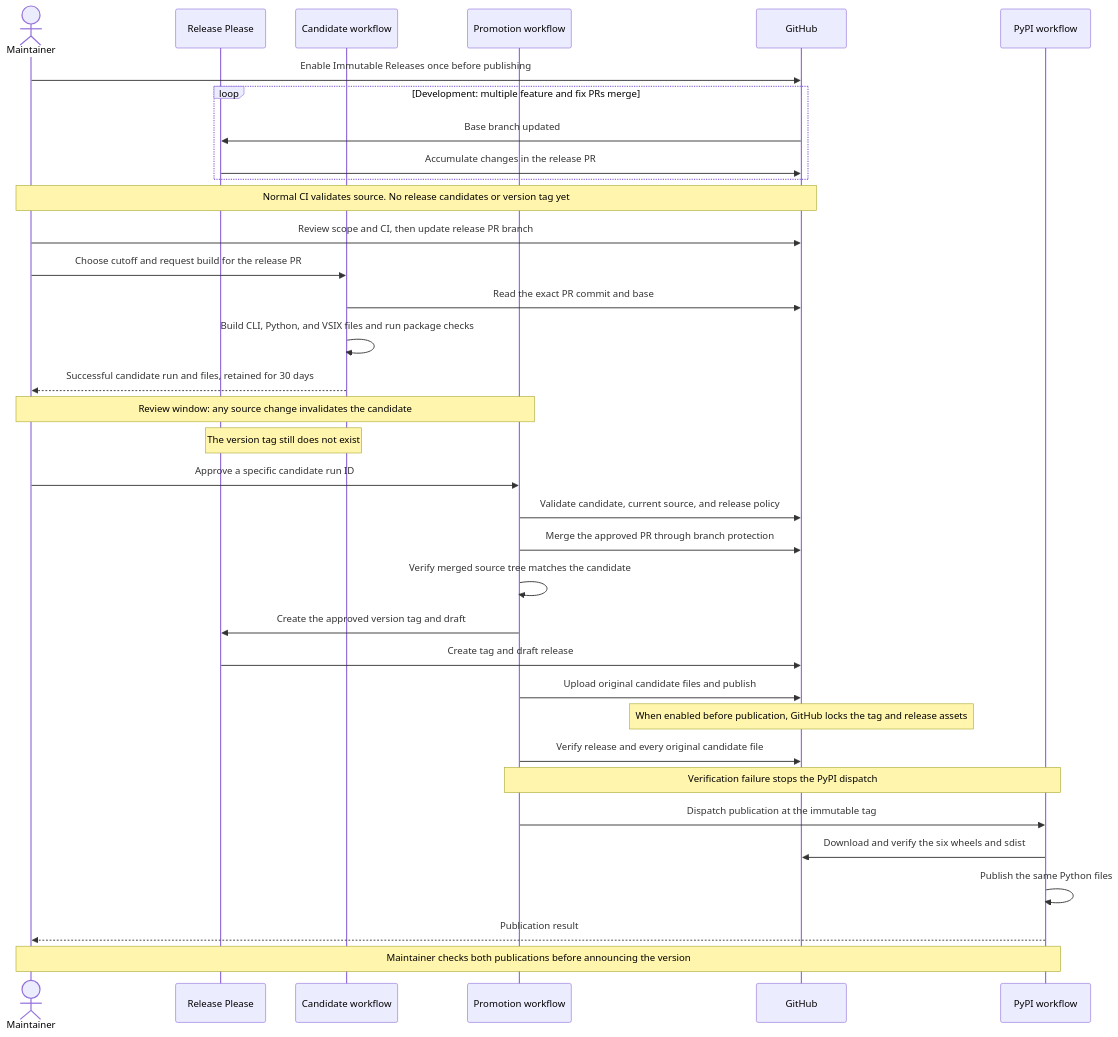
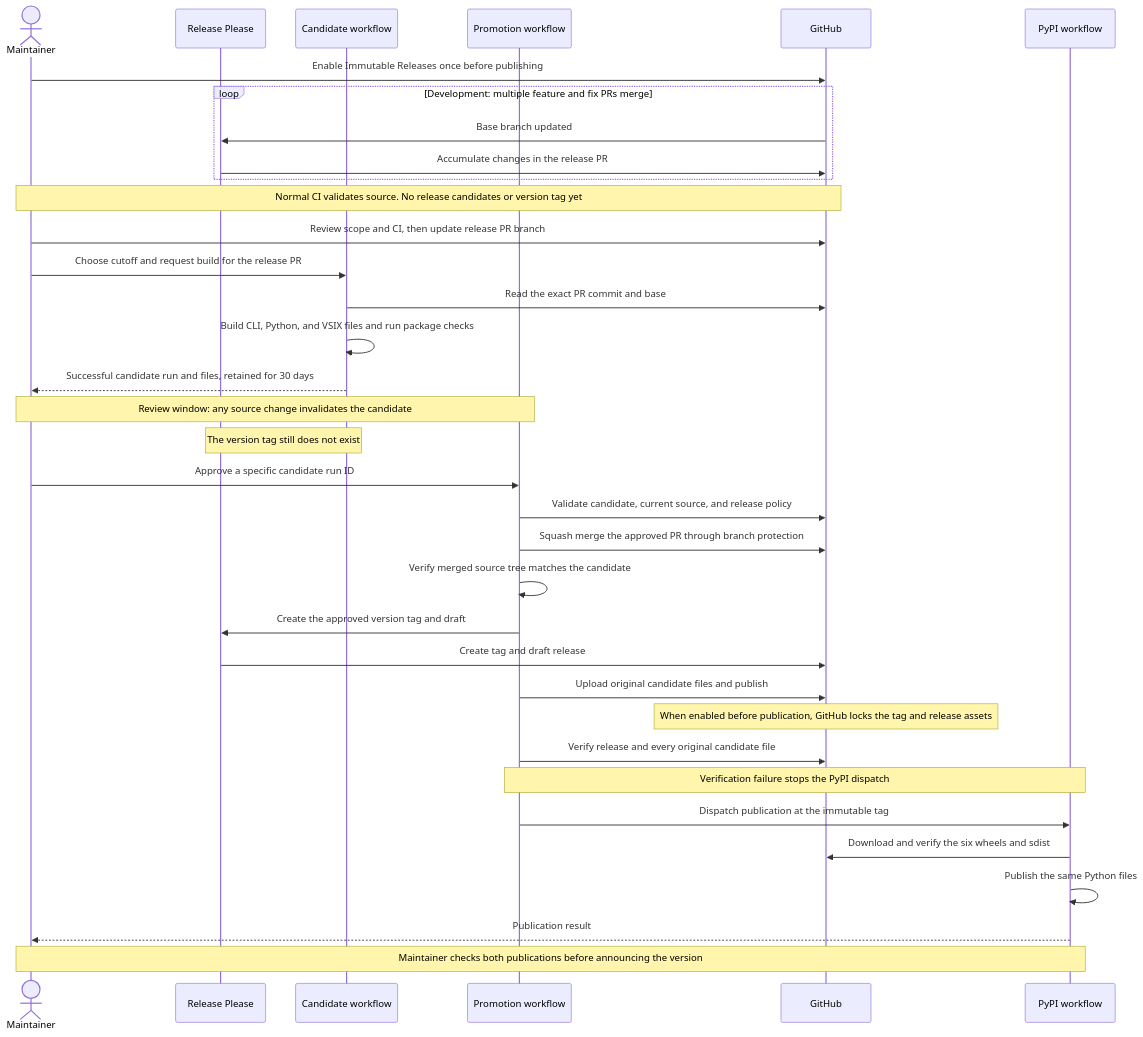
Before and after one commit to NatLabRockies/arco: the first of 2 diagrams in RELEASE_POLICY.md, drawn with Mermaid. The commit also changed other lines of this file and 1 other file, not shown here.

Commit message:
fix(release): squash merge approved release candidates

````diff
--- a/RELEASE_POLICY.md
+++ b/RELEASE_POLICY.md
@@ -37,41 +37,41 @@
 ```mermaid
 sequenceDiagram
     actor M as Maintainer
     participant RP as Release Please
     participant B as Candidate workflow
     participant P as Promotion workflow
     participant GH as GitHub
     participant PY as PyPI workflow
 
     M->>GH: Enable Immutable Releases once before publishing
     loop Development: multiple feature and fix PRs merge
         GH->>RP: Base branch updated
         RP->>GH: Accumulate changes in the release PR
     end
     Note over M,GH: Normal CI validates source. No release candidates or version tag yet
 
     M->>GH: Review scope and CI, then update release PR branch
     M->>B: Choose cutoff and request build for the release PR
     B->>GH: Read the exact PR commit and base
     B->>B: Build CLI, Python, and VSIX files and run package checks
     B-->>M: Successful candidate run and files, retained for 30 days
     Note over M,P: Review window: any source change invalidates the candidate
     Note over RP,B: The version tag still does not exist
 
     M->>P: Approve a specific candidate run ID
     P->>GH: Validate candidate, current source, and release policy
-    P->>GH: Merge the approved PR through branch protection
+    P->>GH: Squash merge the approved PR through branch protection
     P->>P: Verify merged source tree matches the candidate
     P->>RP: Create the approved version tag and draft
     RP->>GH: Create tag and draft release
     P->>GH: Upload original candidate files and publish
     Note over GH: When enabled before publication, GitHub locks the tag and release assets
     P->>GH: Verify release and every original candidate file
     Note over P,PY: Verification failure stops the PyPI dispatch
 
     P->>PY: Dispatch publication at the immutable tag
     PY->>GH: Download and verify the six wheels and sdist
     PY->>PY: Publish the same Python files
     PY-->>M: Publication result
     Note over M,PY: Maintainer checks both publications before announcing the version
 ```
````
